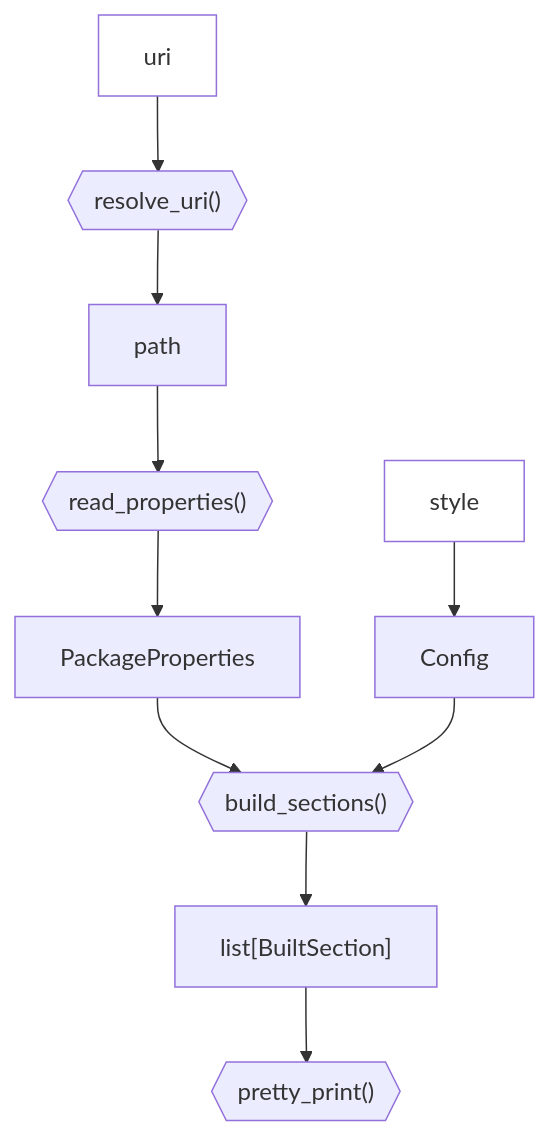
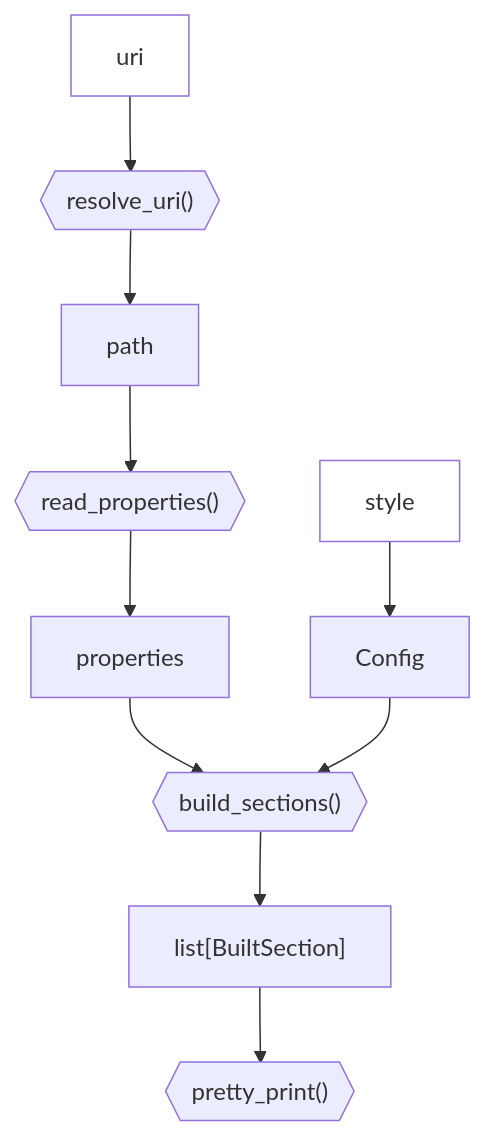
The second of 2 diagrams in docs/design/interface/python.qmd (seedcase-project/seedcase-flower), drawn with Mermaid before and after one commit. The commit also changed other lines of this file and 2 other files, not shown here.

Commit message:
docs: :building_construction: don't rely on Sprout for reading properties

````diff
--- a/docs/design/interface/python.qmd
+++ b/docs/design/interface/python.qmd
@@ -205,12 +211,12 @@
 ```{mermaid}
 %%| label: fig-python-view-flow
 %%| fig-cap: "Diagram of the internal flow of functions and objects in the `view()` CLI function."
 flowchart TD
     uri:::input --> resolve_uri{{"resolve_uri()"}} --> path
     style_cfg[style]:::input --> Config
-    path --> read_dp{{"read_properties()"}} --> PackageProperties
-    PackageProperties & Config --> build_sections{{"build_sections()"}} --> output["list[BuiltSection]"]
+    path --> read_properties{{"read_properties()"}} --> properties
+    properties & Config --> build_sections{{"build_sections()"}} --> output["list[BuiltSection]"]
     output --> pretty_print{{"pretty_print()"}}
 
     classDef input fill:#FFF
 ```
````
